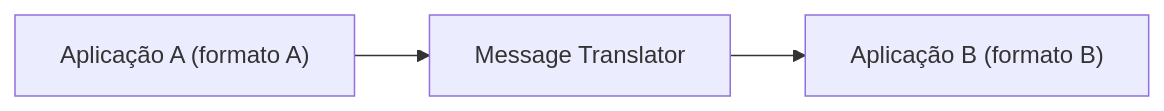
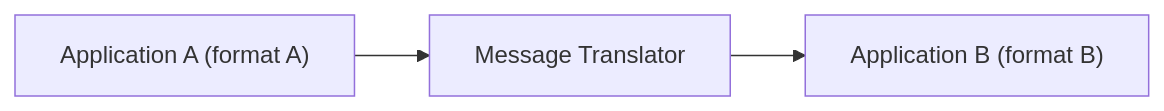
Before and after one commit to alancesar/design-patterns: the diagram in docs/architecture/eip/message-transformation/message-translator.md, drawn with Mermaid. The commit also changed 258 other files, not shown here.

First line of the commit message:
Translate Mermaid diagrams to English

````diff
--- a/docs/architecture/eip/message-transformation/message-translator.md
+++ b/docs/architecture/eip/message-transformation/message-translator.md
@@ -55,5 +55,5 @@
 ```mermaid
 flowchart LR
-    A["Aplicação A (formato A)"] --> T["Message Translator"]
-    T --> B["Aplicação B (formato B)"]
+    A["Application A (format A)"] --> T["Message Translator"]
+    T --> B["Application B (format B)"]
 ```
````
